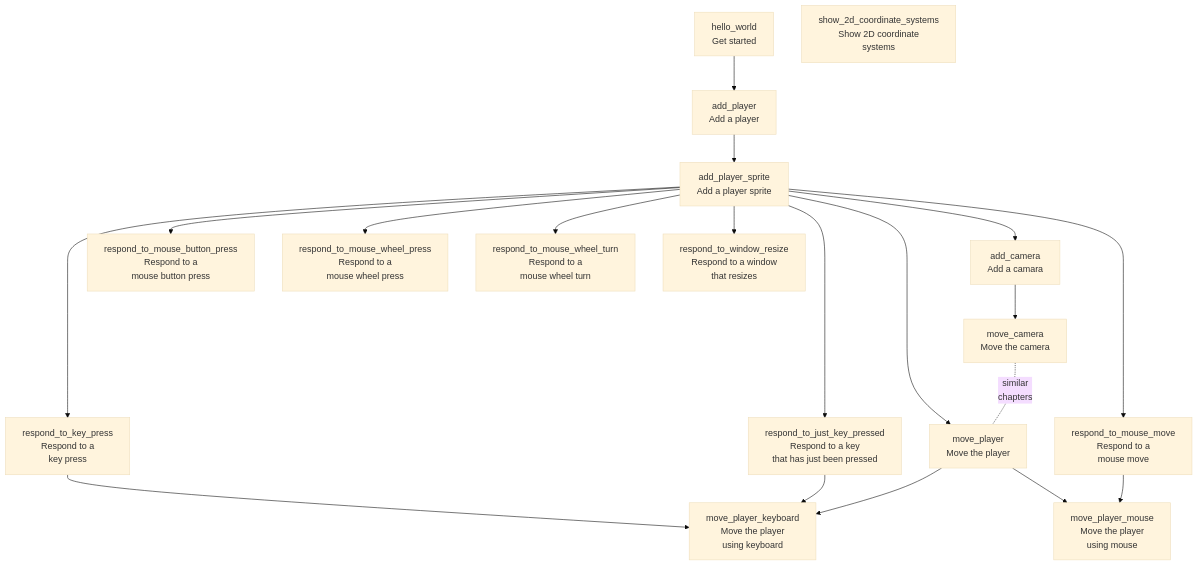
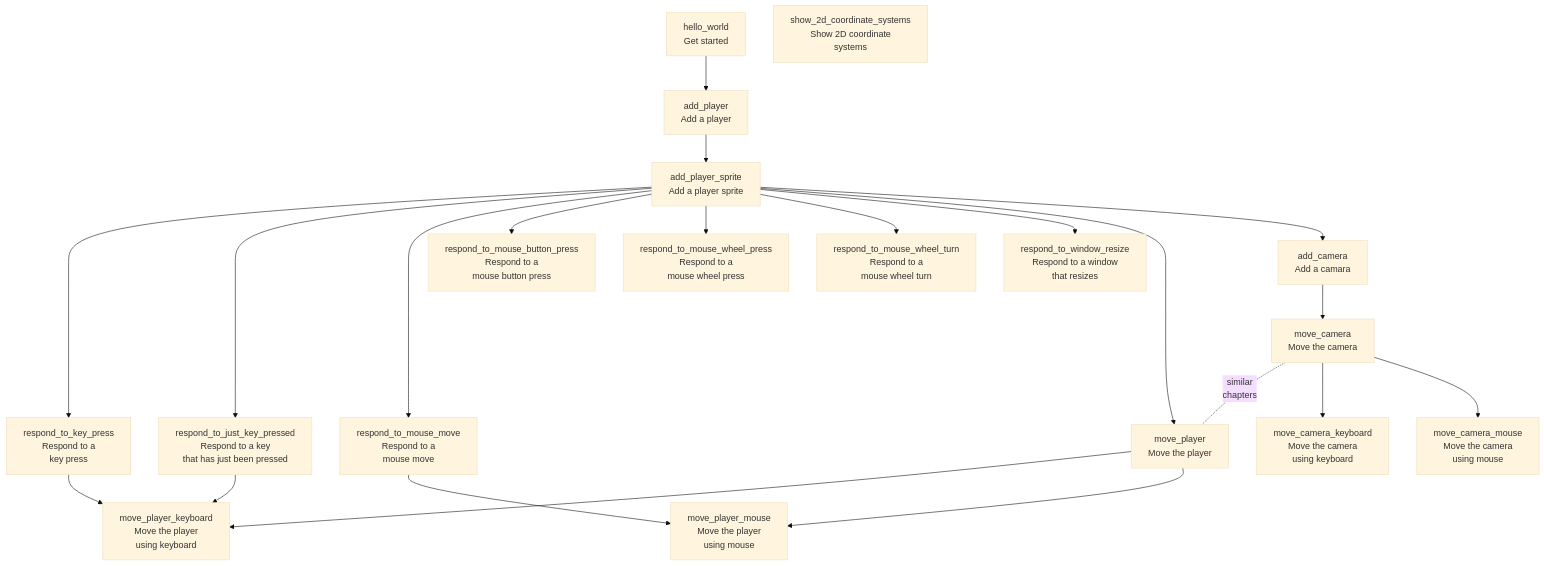
Before and after one commit to richelbilderbeek/bevy_tdd_book: the diagram in README.md, drawn with Mermaid (base theme). The commit also changed other lines of this file and 2 other files, not shown here.

````diff
--- a/README.md
+++ b/README.md
@@ -32,47 +35,51 @@
 ```mermaid
 flowchart TD
   hello_world[hello_world\nGet started]
   add_player[add_player\nAdd a player]
   add_player_sprite[add_player_sprite\nAdd a player sprite]
   add_camera[add_camera\nAdd a camara]
   move_camera[move_camera\nMove the camera]
   move_player[move_player\nMove the player]
   move_player_keyboard[move_player_keyboard\nMove the player\nusing keyboard]
+  move_camera_keyboard[move_camera_keyboard\nMove the camera\nusing keyboard]
   move_player_mouse[move_player_mouse\nMove the player\nusing mouse]
+  move_camera_mouse[move_camera_mouse\nMove the camera\nusing mouse]
 
   respond_to_key_press[respond_to_key_press\nRespond to a\nkey press]
   respond_to_mouse_move[respond_to_mouse_move\nRespond to a\nmouse move]
   respond_to_mouse_button_press[respond_to_mouse_button_press\nRespond to a\nmouse button press]
   respond_to_mouse_wheel_press[respond_to_mouse_wheel_press\nRespond to a\nmouse wheel press]
   respond_to_mouse_wheel_turn[respond_to_mouse_wheel_turn\nRespond to a\nmouse wheel turn]
   respond_to_just_key_pressed[respond_to_just_key_pressed\nRespond to a key\nthat has just been pressed]
   respond_to_window_resize[respond_to_window_resize\nRespond to a window\nthat resizes]
 
   show_2d_coordinate_systems[show_2d_coordinate_systems\nShow 2D coordinate\nsystems]
 
   hello_world --> add_player
   add_player_sprite --> respond_to_key_press
   add_player_sprite --> respond_to_just_key_pressed
   add_player_sprite --> respond_to_mouse_move
   add_player_sprite --> respond_to_mouse_button_press
   add_player_sprite --> respond_to_mouse_wheel_press
   add_player_sprite --> respond_to_mouse_wheel_turn
   add_player_sprite --> respond_to_window_resize
 
 
   respond_to_key_press --> move_player_keyboard
   respond_to_just_key_pressed --> move_player_keyboard
 
   add_player --> add_player_sprite
   add_player_sprite --> move_player
   add_player_sprite --> add_camera
   add_camera --> move_camera
 
   move_camera -.- |similar\nchapters| move_player
+  move_camera --> move_camera_keyboard
+  move_camera --> move_camera_mouse
 
   move_player --> move_player_keyboard
   move_player --> move_player_mouse
 
   respond_to_mouse_move --> move_player_mouse
 
 ```
````
